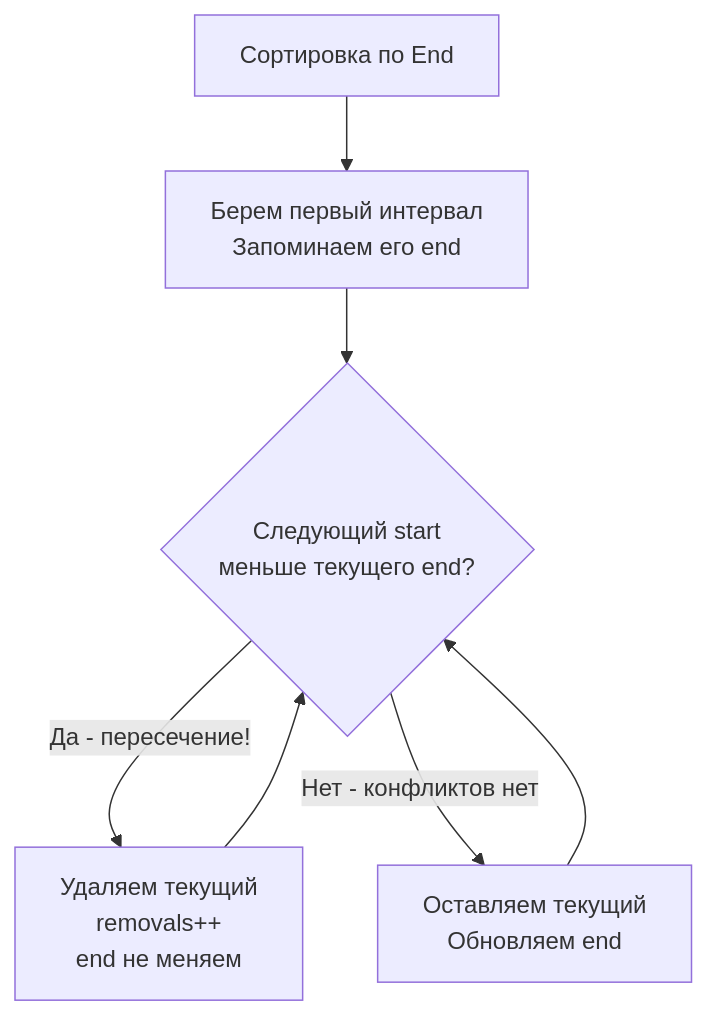
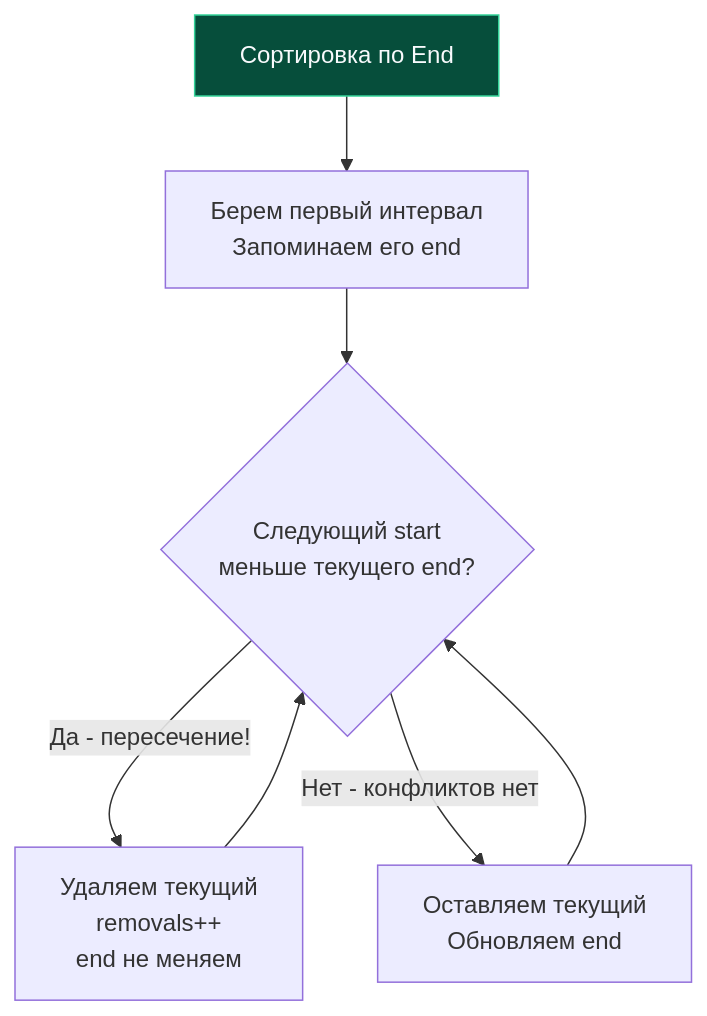
One commit to UnrealTemplier/go-textbook changed the diagram in sources/21. Задачи с LeetCode и собеседований на Go/02. Задачи/17. Жадные алгоритмы/7. Non-overlapping Intervals.md. Above: the diagram before and after it, drawn with Mermaid. The commit also changed 1666 other files, not shown here.

First line of the commit message:
feat(mermaid): add semantic color classDef to 1369 colorless flowchart/graph diagrams

````diff
--- a/sources/21. Задачи с LeetCode и собеседований на Go/02. Задачи/17. Жадные алгоритмы/7. Non-overlapping Intervals.md
+++ b/sources/21. Задачи с LeetCode и собеседований на Go/02. Задачи/17. Жадные алгоритмы/7. Non-overlapping Intervals.md
@@ -60,9 +60,19 @@
 ```mermaid
 flowchart TD
-    A["Сортировка по End"] --> B["Берем первый интервал<br>Запоминаем его end"]
+    classDef process  fill:#1e293b,stroke:#38bdf8,stroke-width:1px,color:#f8fafc
+    classDef success  fill:#064e3b,stroke:#34d399,stroke-width:1px,color:#f8fafc
+    classDef error    fill:#7f1d1d,stroke:#f87171,stroke-width:1px,color:#f8fafc
+    classDef warning  fill:#78350f,stroke:#fbbf24,stroke-width:1px,color:#f8fafc
+    classDef entry    fill:#1e3a5f,stroke:#38bdf8,stroke-width:2px,color:#f8fafc
+    classDef aux      fill:#334155,stroke:#64748b,stroke-width:1px,color:#f8fafc
+    classDef system   fill:#312e81,stroke:#a78bfa,stroke-width:1px,color:#f8fafc
+    classDef data     fill:#132d29,stroke:#2dd4bf,stroke-width:1px,color:#f8fafc
+    classDef network  fill:#881337,stroke:#fb7185,stroke-width:1px,color:#f8fafc
+    classDef accent   fill:#1e1b4b,stroke:#818cf8,stroke-width:1px,color:#f8fafc
+    A["Сортировка по End"]:::success --> B["Берем первый интервал<br>Запоминаем его end"]
     B --> C{"Следующий start<br>меньше текущего end?"}
     C -- "Да - пересечение!" --> D["Удаляем текущий<br>removals++<br>end не меняем"]
     C -- "Нет - конфликтов нет" --> E["Оставляем текущий<br>Обновляем end"]
     D --> C
     E --> C
 ```
````
